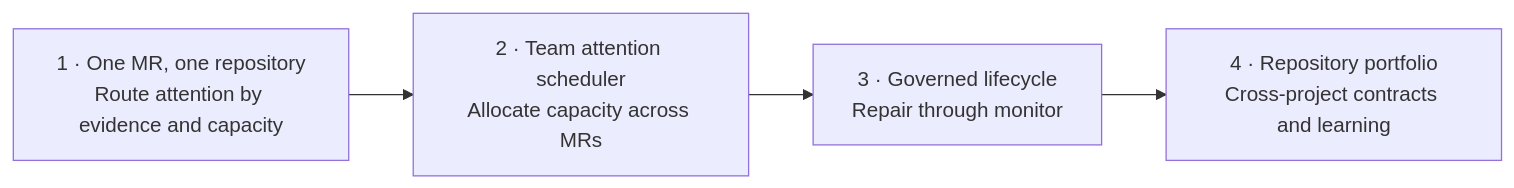
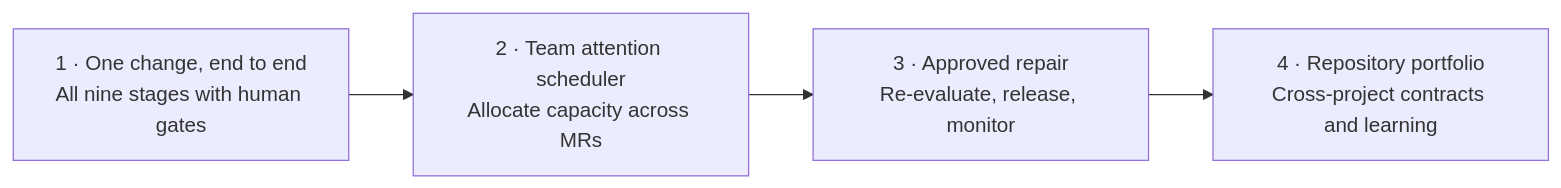
Before and after one commit to annatchijova/to-build-a-fire: the fifth of 5 diagrams in README.md, drawn with Mermaid. The commit also changed other lines of this file and 5 other files, not shown here.

````diff
--- a/README.md
+++ b/README.md
@@ -161,8 +165,8 @@
 ```mermaid
 flowchart LR
-    L1[1 · One MR, one repository<br/>Route attention by evidence and capacity]
+    L1[1 · One change, end to end<br/>All nine stages with human gates]
     L2[2 · Team attention scheduler<br/>Allocate capacity across MRs]
-    L3[3 · Governed lifecycle<br/>Repair through monitor]
+    L3[3 · Approved repair<br/>Re-evaluate, release, monitor]
     L4[4 · Repository portfolio<br/>Cross-project contracts and learning]
     L1 --> L2 --> L3 --> L4
 ```
````
